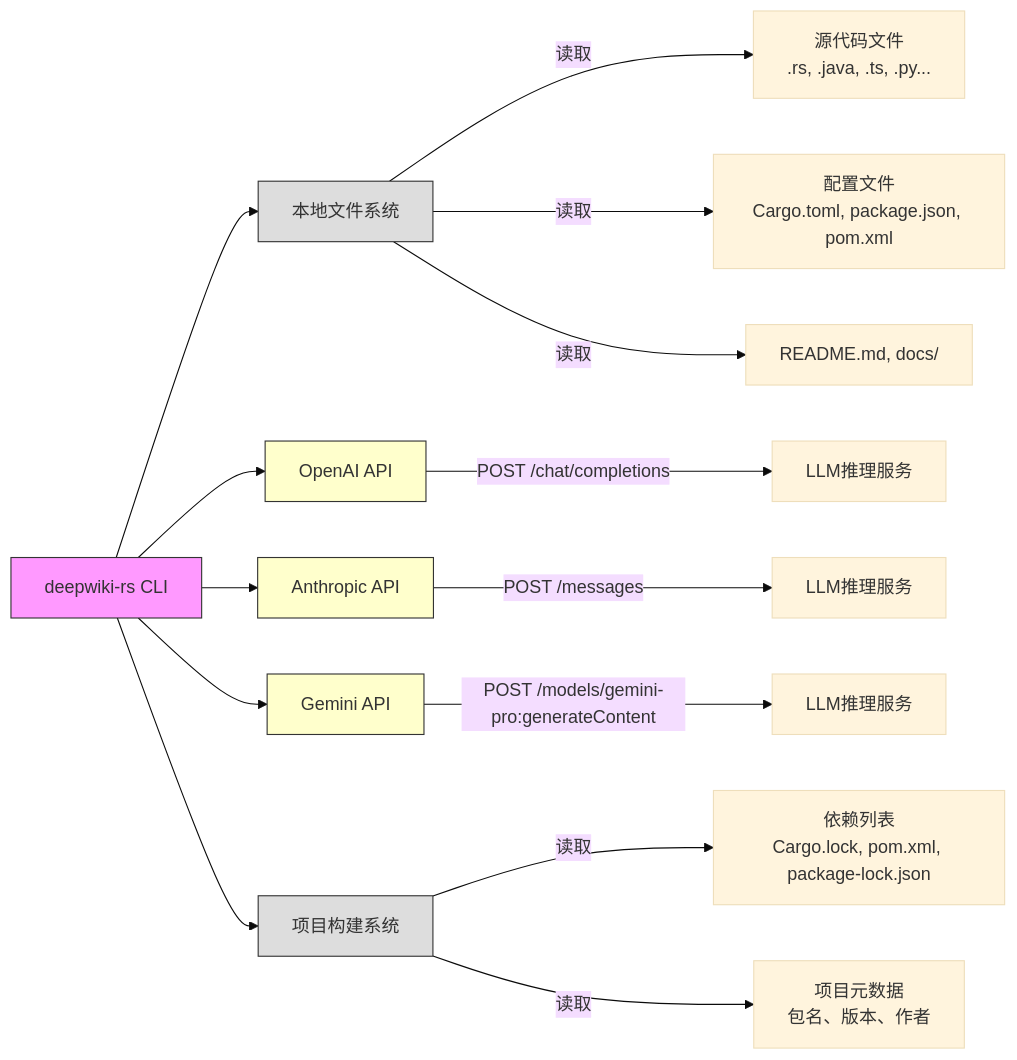
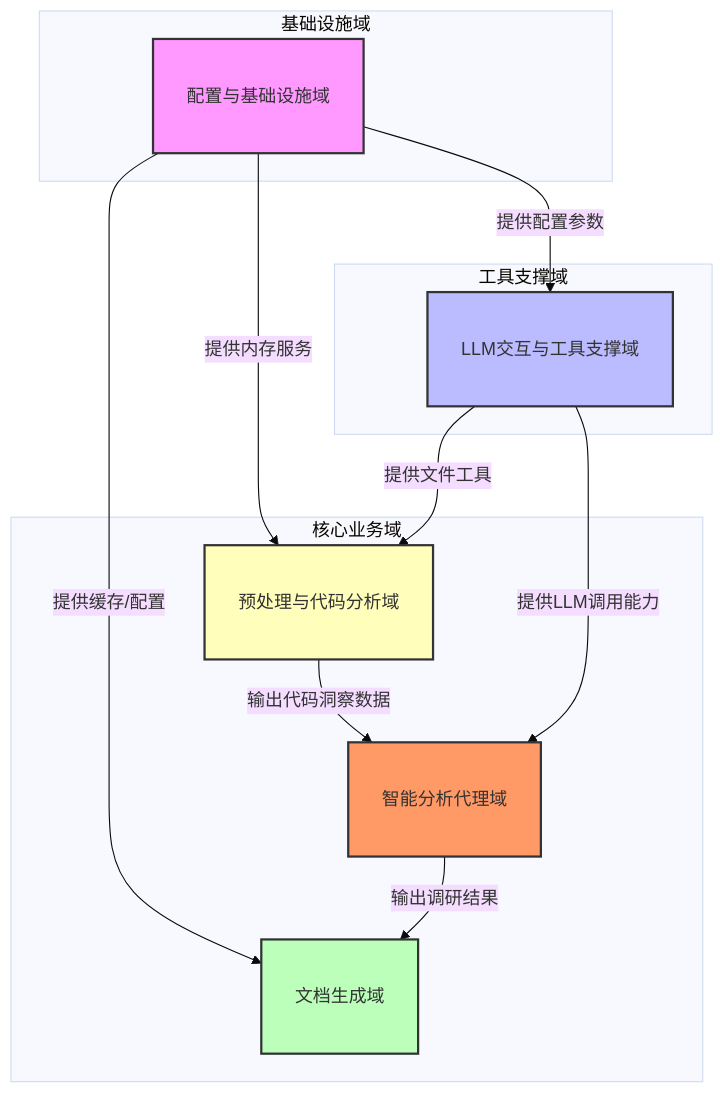
One commit to BigtoC/deepwiki-rs changed the first of 6 diagrams in docs/2、架构概览.md. Above: the diagram before and after it, drawn with Mermaid (base theme). The commit also changed other lines of this file and 12 other files, not shown here.

````diff
--- a/docs/2、架构概览.md
+++ b/docs/2、架构概览.md
@@ -64,26 +102,35 @@
 ```mermaid
-graph LR
-    A[deepwiki-rs CLI] --> B[本地文件系统]
-    A --> C[OpenAI API]
-    A --> D[Anthropic API]
-    A --> E[Gemini API]
-    A --> F[项目构建系统]
+graph TD
+    A[配置与基础设施域] -->|提供配置参数| B[LLM交互与工具支撑域]
+    A -->|提供内存服务| C[预处理与代码分析域]
+    A -->|提供缓存/配置| D[文档生成域]
 
-    B[本地文件系统] -- 读取 --> B1[源代码文件<br>.rs, .java, .ts, .py...]
-    B -- 读取 --> B2[配置文件<br>Cargo.toml, package.json, pom.xml]
-    B -- 读取 --> B3[README.md, docs/]
+    C -->|输出代码洞察数据| E[智能分析代理域]
+    B -->|提供LLM调用能力| E
+    B -->|提供文件工具| C
 
-    C[OpenAI API] -- POST /chat/completions --> C1[LLM推理服务]
-    D[Anthropic API] -- POST /messages --> D1[LLM推理服务]
-    E[Gemini API] -- POST /models/gemini-pro:generateContent --> E1[LLM推理服务]
+    E -->|输出调研结果| D
 
-    F[项目构建系统] -- 读取 --> F1[依赖列表<br>Cargo.lock, pom.xml, package-lock.json]
-    F -- 读取 --> F2[项目元数据<br>包名、版本、作者]
+    style A fill:#f9f,stroke:#333,stroke-width:2px
+    style B fill:#bbf,stroke:#333,stroke-width:2px
+    style C fill:#ffb,stroke:#333,stroke-width:2px
+    style D fill:#bfb,stroke:#333,stroke-width:2px
+    style E fill:#f96,stroke:#333,stroke-width:2px
 
-    style A fill:#f9f,stroke:#333
-    style B fill:#ddd,stroke:#333
-    style C fill:#ffc,stroke:#333
-    style D fill:#ffc,stroke:#333
-    style E fill:#ffc,stroke:#333
-    style F fill:#ddd,stroke:#333
+    classDef domain fill:#eee,stroke:#666,stroke-width:1px,padding:8px;
+    class A,B,C,D,E domain;
+
+    subgraph 核心业务域
+        C
+        E
+        D
+    end
+
+    subgraph 工具支撑域
+        B
+    end
+
+    subgraph 基础设施域
+        A
+    end
 ```
````
